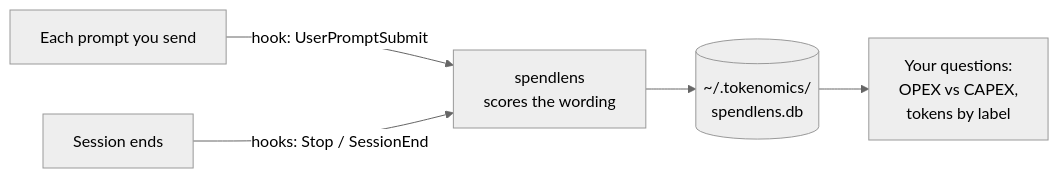
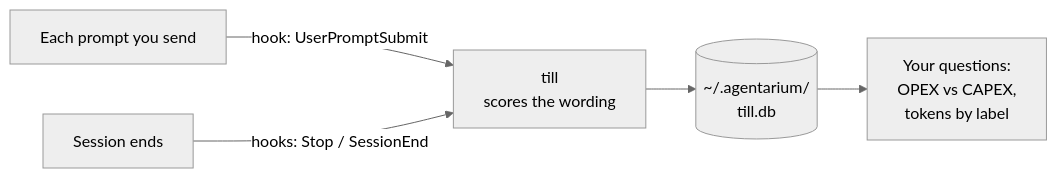
One commit to andrew44/agentarium changed the third of 4 diagrams in docs/reference.md. Above: the diagram before and after it, drawn with Mermaid (neutral theme). The commit also changed other lines of this file and 207 other files, not shown here.

First line of the commit message:
Rename tokenomics to agentarium, and spendlens to till

````diff
--- a/docs/reference.md
+++ b/docs/reference.md
@@ -130,7 +130,7 @@
 ```mermaid
 flowchart LR
-    P["Each prompt you send"] -->|"hook: UserPromptSubmit"| S["spendlens<br/>scores the wording"]
+    P["Each prompt you send"] -->|"hook: UserPromptSubmit"| S["till<br/>scores the wording"]
     E["Session ends"] -->|"hooks: Stop / SessionEnd"| S
-    S --> DB[("~/.tokenomics/<br/>spendlens.db")]
+    S --> DB[("~/.agentarium/<br/>till.db")]
     DB --> R["Your questions:<br/>OPEX vs CAPEX,<br/>tokens by label"]
 ```
````
